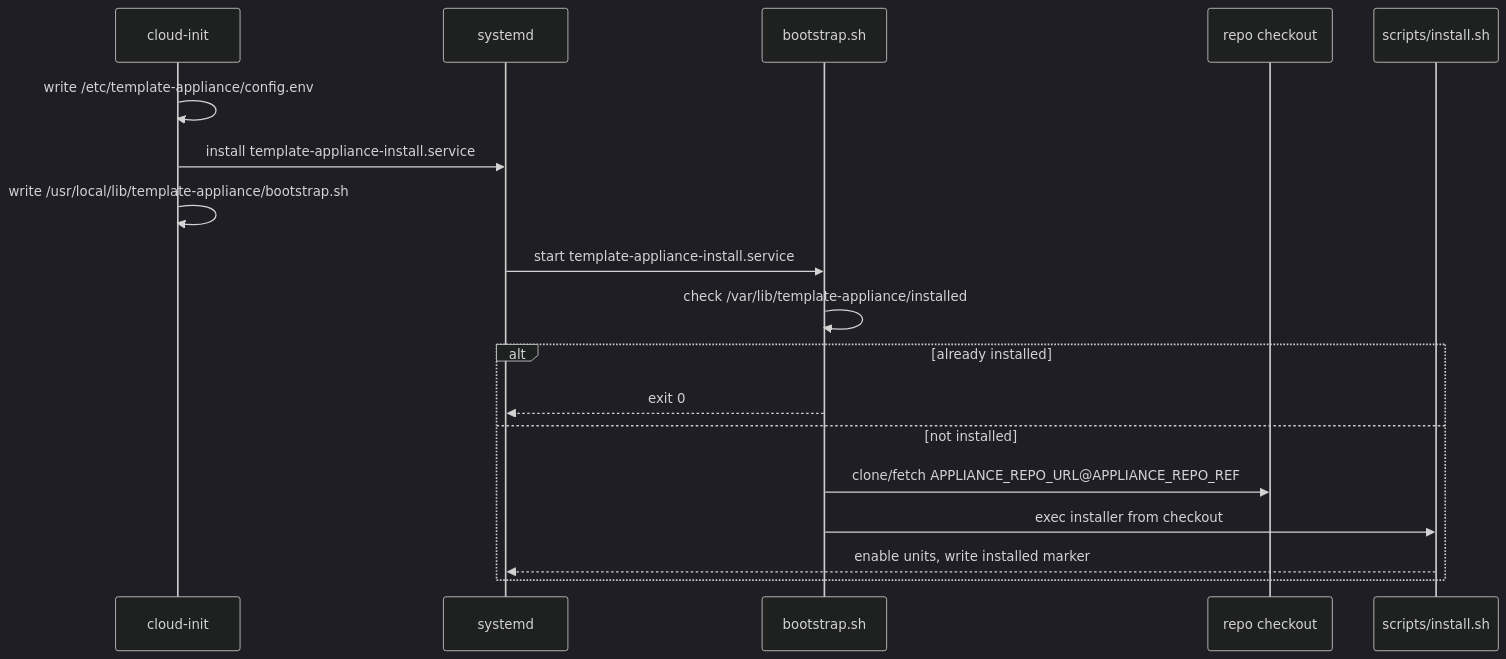
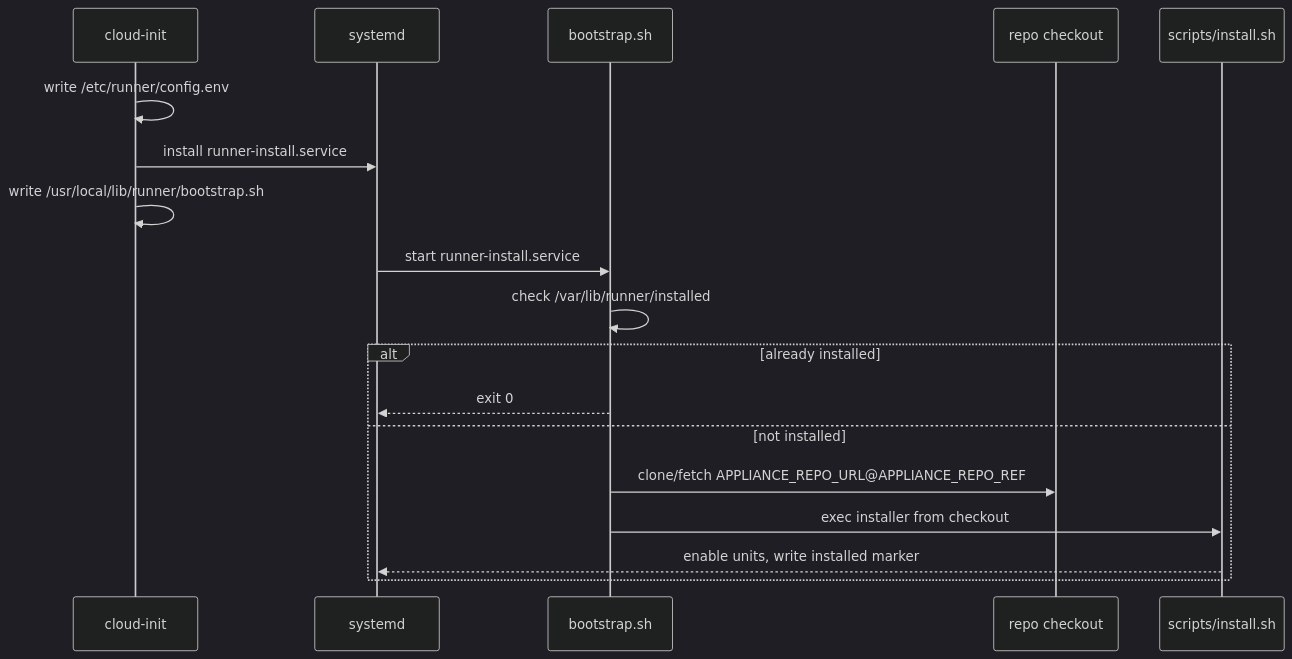
Before and after one commit to theaussiepom/github-runner: the second of 2 diagrams in docs/architecture.md, drawn with Mermaid (dark theme). The commit also changed other lines of this file and 58 other files, not shown here.

````diff
--- a/docs/architecture.md
+++ b/docs/architecture.md
@@ -70,21 +66,21 @@
 ```mermaid
 sequenceDiagram
   participant CI as cloud-init
   participant SD as systemd
   participant BOOT as bootstrap.sh
   participant REPO as repo checkout
   participant INST as scripts/install.sh
 
-  CI->>CI: write /etc/template-appliance/config.env
-  CI->>SD: install template-appliance-install.service
-  CI->>CI: write /usr/local/lib/template-appliance/bootstrap.sh
-  SD->>BOOT: start template-appliance-install.service
-  BOOT->>BOOT: check /var/lib/template-appliance/installed
+  CI->>CI: write /etc/runner/config.env
+  CI->>SD: install runner-install.service
+  CI->>CI: write /usr/local/lib/runner/bootstrap.sh
+  SD->>BOOT: start runner-install.service
+  BOOT->>BOOT: check /var/lib/runner/installed
   alt already installed
     BOOT-->>SD: exit 0
   else not installed
     BOOT->>REPO: clone/fetch APPLIANCE_REPO_URL@APPLIANCE_REPO_REF
     BOOT->>INST: exec installer from checkout
     INST-->>SD: enable units, write installed marker
   end
 ```
````
